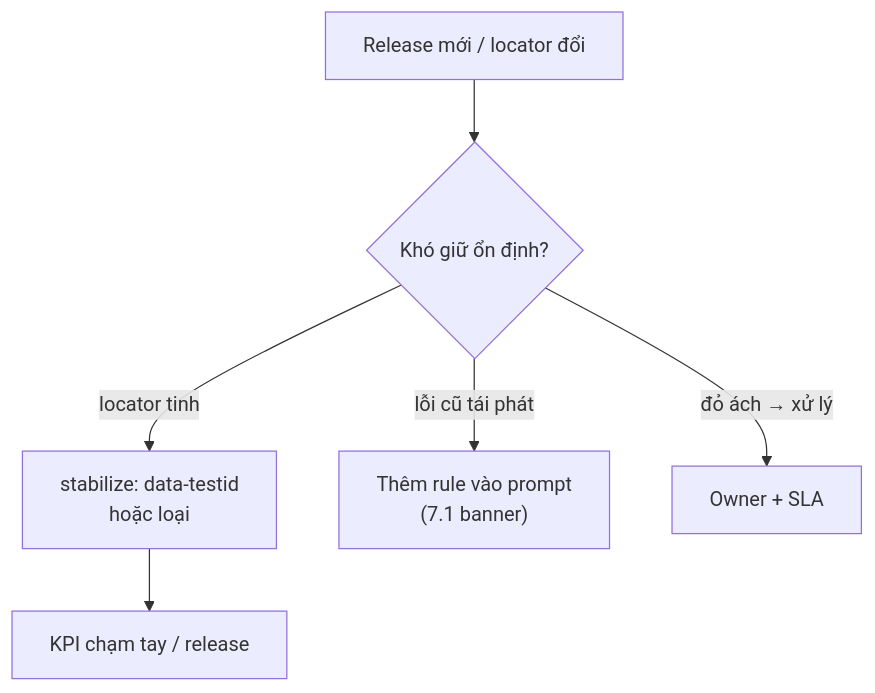
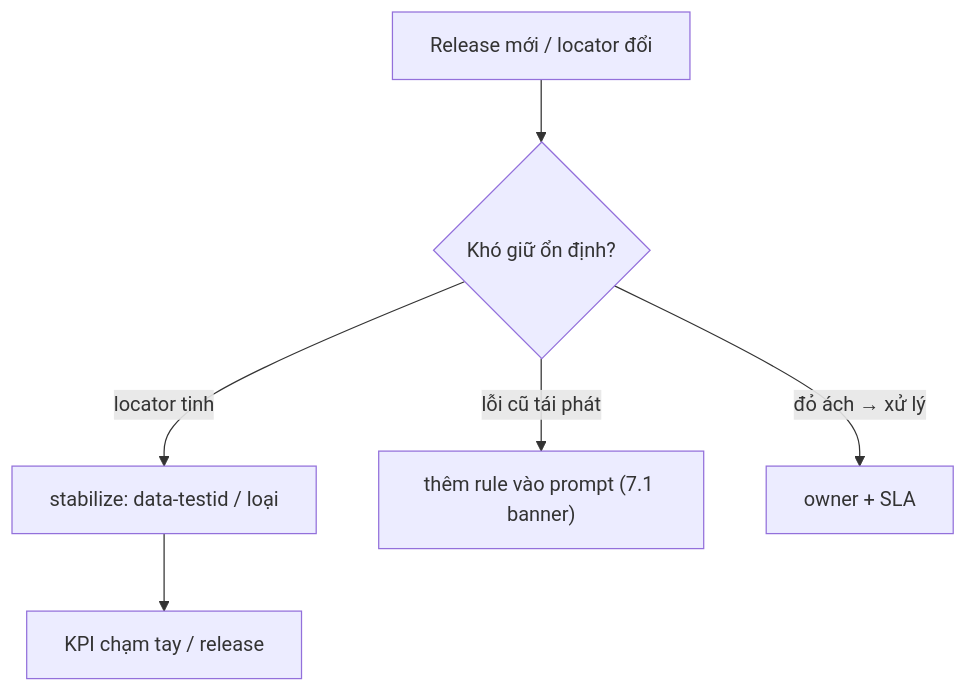
One commit to heino-labs/gen-ai-labs changed the fourth of 4 diagrams in docs/curriculum/MODULE-07-ai-playwright.md. Above: the diagram before and after it, drawn with Mermaid. The commit also changed other lines of this file and 10 other files, not shown here.

Commit message:
Refactor MODULE-09-capstone.md and README.md for clarity and structure; enhance narrative flow and emphasize evidence-based learning in AI testing curriculum.

````diff
--- a/docs/curriculum/MODULE-07-ai-playwright.md
+++ b/docs/curriculum/MODULE-07-ai-playwright.md
@@ -219,8 +137,8 @@
 ```mermaid
 flowchart TD
     REL["Release mới / locator đổi"] --> ST{"Khó giữ ổn định?"}
-    ST -- locator tinh --> STAB["stabilize: data-testid<br/>hoặc loại"]
-    ST -- lỗi cũ tái phát --> PROMPT["Thêm rule vào prompt<br/>(7.1 banner)"]
-    ST -- đỏ ách → xử lý --> OWND["Owner + SLA"]
+    ST -- locator tinh --> STAB["stabilize: data-testid / loại"]
+    ST -- lỗi cũ tái phát --> PROMPT["thêm rule vào prompt (7.1 banner)"]
+    ST -- đỏ ách → xử lý --> OWND["owner + SLA"]
     STAB --> MEAS["KPI chạm tay / release"]
 ```
````
